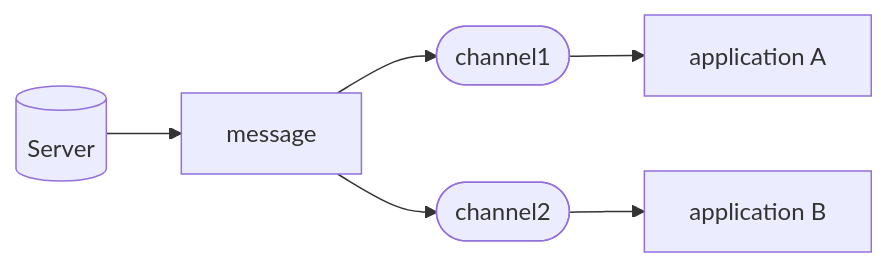
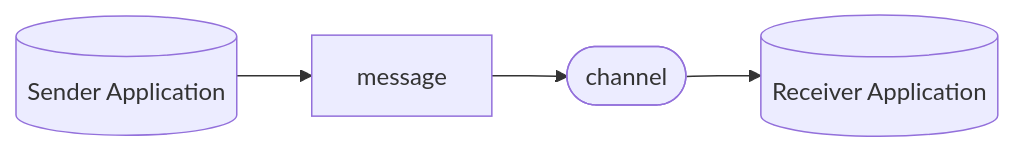
The diagram in pages/docs/concepts/message.md (asyncapi/website), drawn with Mermaid before and after one commit. The commit also changed other lines of this file, not shown here.

````diff
--- a/pages/docs/concepts/message.md
+++ b/pages/docs/concepts/message.md
@@ -14,9 +14,7 @@
 ``` mermaid
 graph LR
-    A[(Server)] --> b[message]
-    b -->  D([channel1])
-    b --> E([channel2])
-    D --> F[application A]
-    E --> G[application B]
+    A[(Sender Application )] --> B[message]
+    B --> D([channel])
+    D --> F[(Receiver Application)]
   
 ```
````
